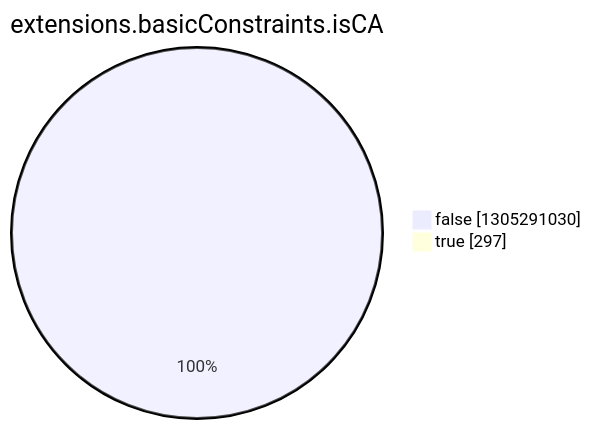
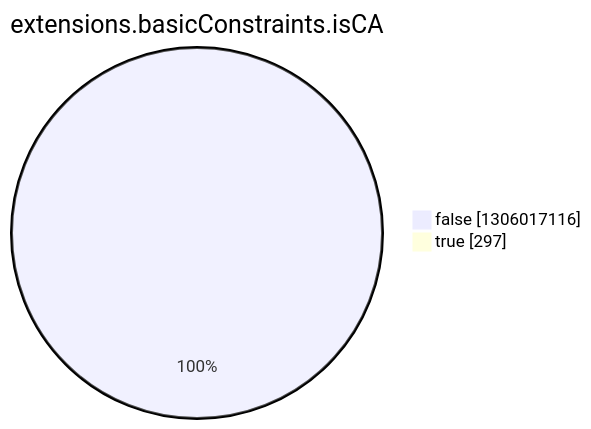
One commit to christiankrug/ctmonitor_visualization changed the eighth of 15 diagrams in argon2022/README.md. Above: the diagram before and after it, drawn with Mermaid. The commit also changed other lines of this file, not shown here.

````diff
--- a/argon2022/README.md
+++ b/argon2022/README.md
@@ -2757,6 +2757,6 @@
 ```mermaid
 pie showData
 title extensions.basicConstraints.isCA
-"false" :1305291030
+"false" :1306017116
 "true" :297
 ```
````
